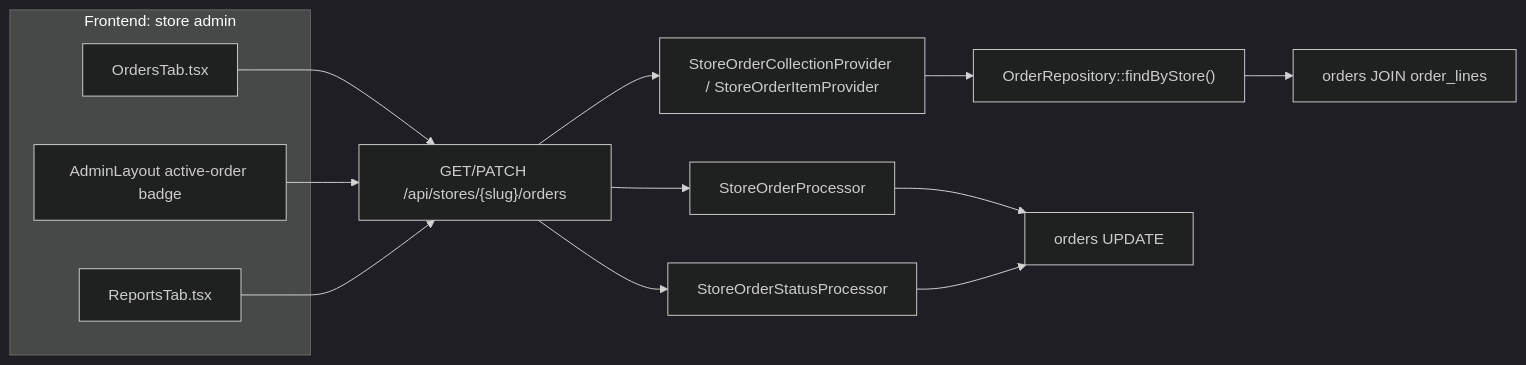
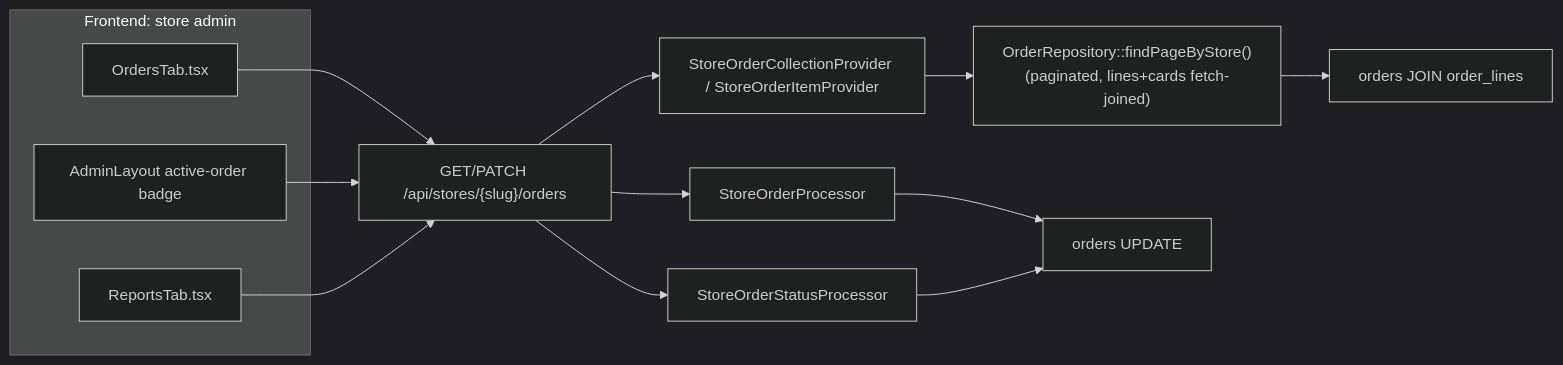
The fourth of 7 diagrams in architecture/customers-and-orders.md (tedy97123/store), drawn with Mermaid (dark theme) before and after one commit. The commit also changed other lines of this file and 26 other files, not shown here.

````diff
--- a/architecture/customers-and-orders.md
+++ b/architecture/customers-and-orders.md
@@ -107,18 +109,18 @@
 ```mermaid
 flowchart LR
     subgraph FE["Frontend: store admin"]
         ot["OrdersTab.tsx"]
         badge["AdminLayout active-order badge"]
         reports["ReportsTab.tsx"]
     end
     ot --> route["GET/PATCH /api/stores/{slug}/orders"]
     badge --> route
     reports --> route
     route --> read["StoreOrderCollectionProvider / StoreOrderItemProvider"]
     route --> create["StoreOrderProcessor"]
     route --> write["StoreOrderStatusProcessor"]
-    read --> repo["OrderRepository::findByStore()"]
+    read --> repo["OrderRepository::findPageByStore()<br/>(paginated, lines+cards fetch-joined)"]
     create --> db
     write --> db["orders UPDATE"]
     repo --> db2["orders JOIN order_lines"]
 ```
````
